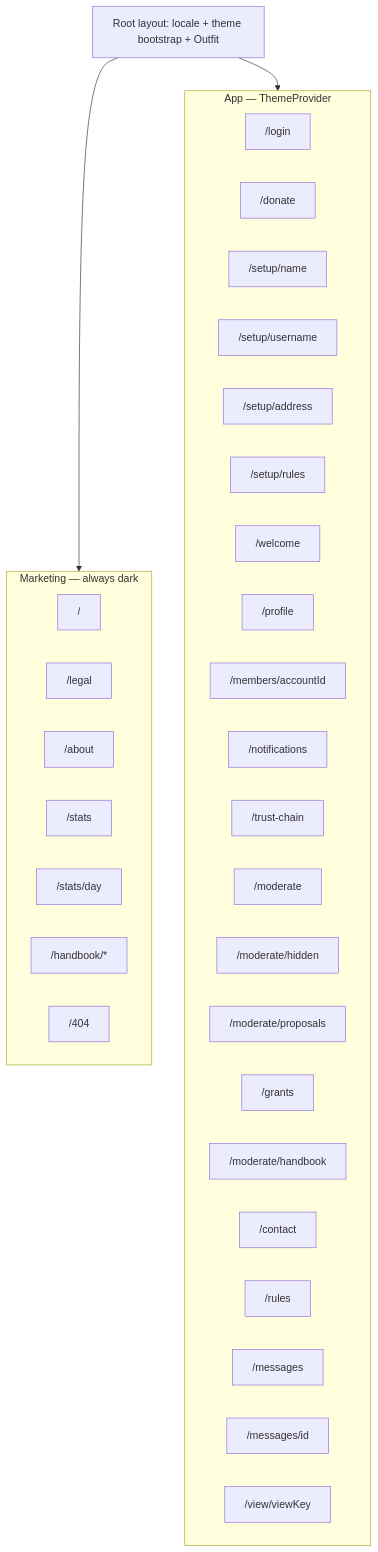
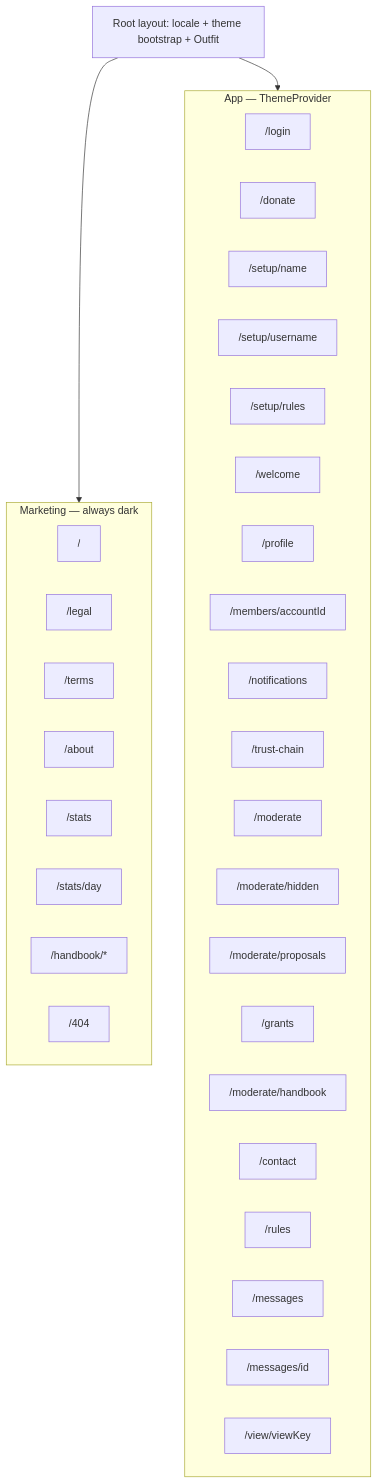
The second of 3 diagrams in docs/ui.md (21gifts/app), drawn with Mermaid before and after one commit. The commit also changed other lines of this file and 4423 other files, not shown here.

````diff
--- a/docs/ui.md
+++ b/docs/ui.md
@@ -357,38 +359,38 @@
 ```mermaid
 flowchart TB
   subgraph mkt [Marketing — always dark]
     R["/"]
     L["/legal"]
+    T["/terms"]
     A["/about"]
     S["/stats"]
     SD["/stats/day"]
     H["/handbook/*"]
     F["/404"]
   end
   subgraph app [App — ThemeProvider]
     LI["/login"]
     DO["/donate"]
     SN["/setup/name"]
     SU["/setup/username"]
-    SA["/setup/address"]
     SR["/setup/rules"]
     W["/welcome"]
     P["/profile"]
     MEM["/members/accountId"]
     N["/notifications"]
     TC["/trust-chain"]
     MO["/moderate"]
     MOH["/moderate/hidden"]
     MOP["/moderate/proposals"]
     GR["/grants"]
     MOHB["/moderate/handbook"]
     C["/contact"]
     RU["/rules"]
     IN["/messages"]
     MID["/messages/id"]
     V["/view/viewKey"]
   end
   root[Root layout: locale + theme bootstrap + Outfit]
   root --> mkt
   root --> app
 ```
````
